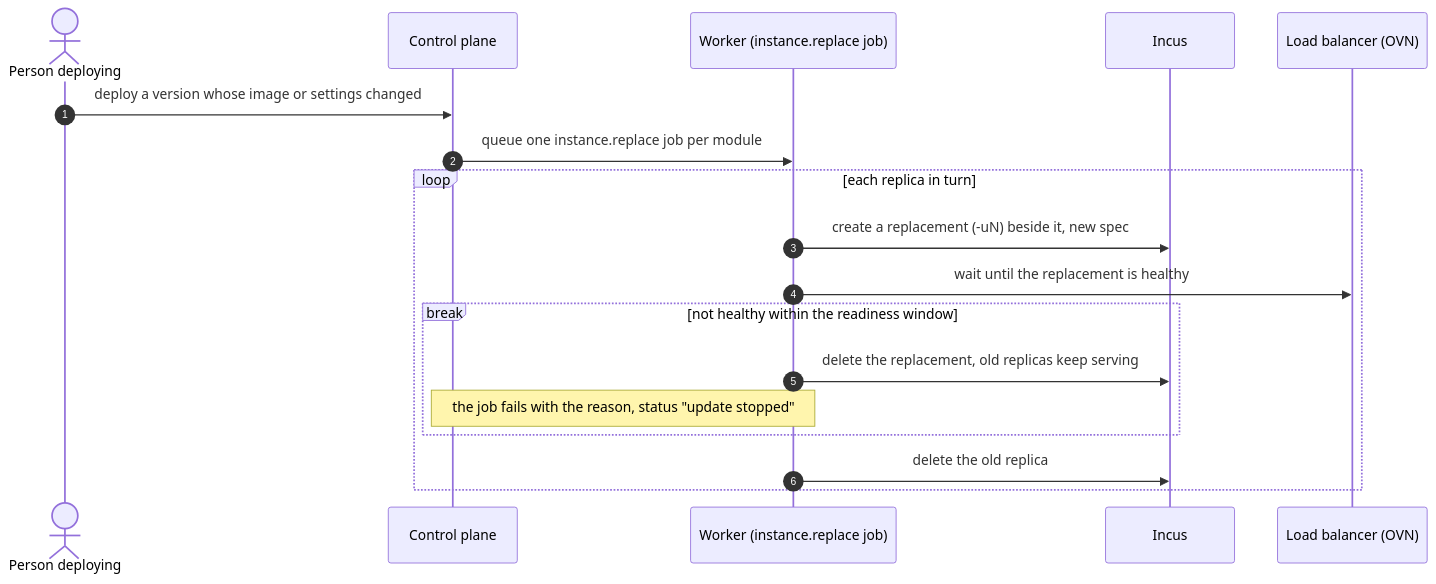
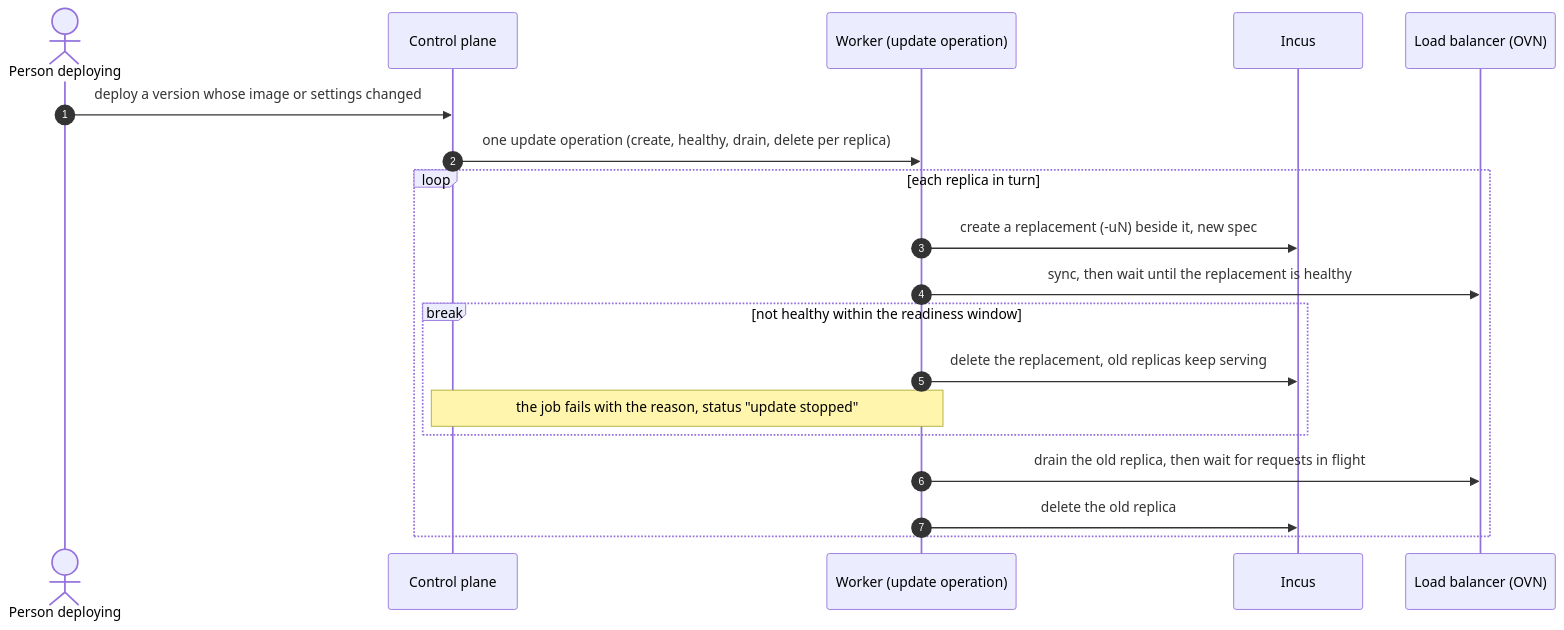
The diagram in docs/design/rolling-updates.md (Apelora/apelora-fabric), drawn with Mermaid before and after one commit. The commit also changed other lines of this file and 30 other files, not shown here.

````diff
--- a/docs/design/rolling-updates.md
+++ b/docs/design/rolling-updates.md
@@ -36,20 +39,21 @@
 ```mermaid
 sequenceDiagram
   autonumber
   actor P as Person deploying
   participant C as Control plane
-  participant W as Worker (instance.replace job)
+  participant W as Worker (update operation)
   participant I as Incus
   participant L as Load balancer (OVN)
   P->>C: deploy a version whose image or settings changed
-  C->>W: queue one instance.replace job per module
+  C->>W: one update operation (create, healthy, drain, delete per replica)
   loop each replica in turn
     W->>I: create a replacement (-uN) beside it, new spec
-    W->>L: wait until the replacement is healthy
+    W->>L: sync, then wait until the replacement is healthy
     break not healthy within the readiness window
       W->>I: delete the replacement, old replicas keep serving
       Note over C,W: the job fails with the reason, status "update stopped"
     end
+    W->>L: drain the old replica, then wait for requests in flight
     W->>I: delete the old replica
   end
 ```
````
